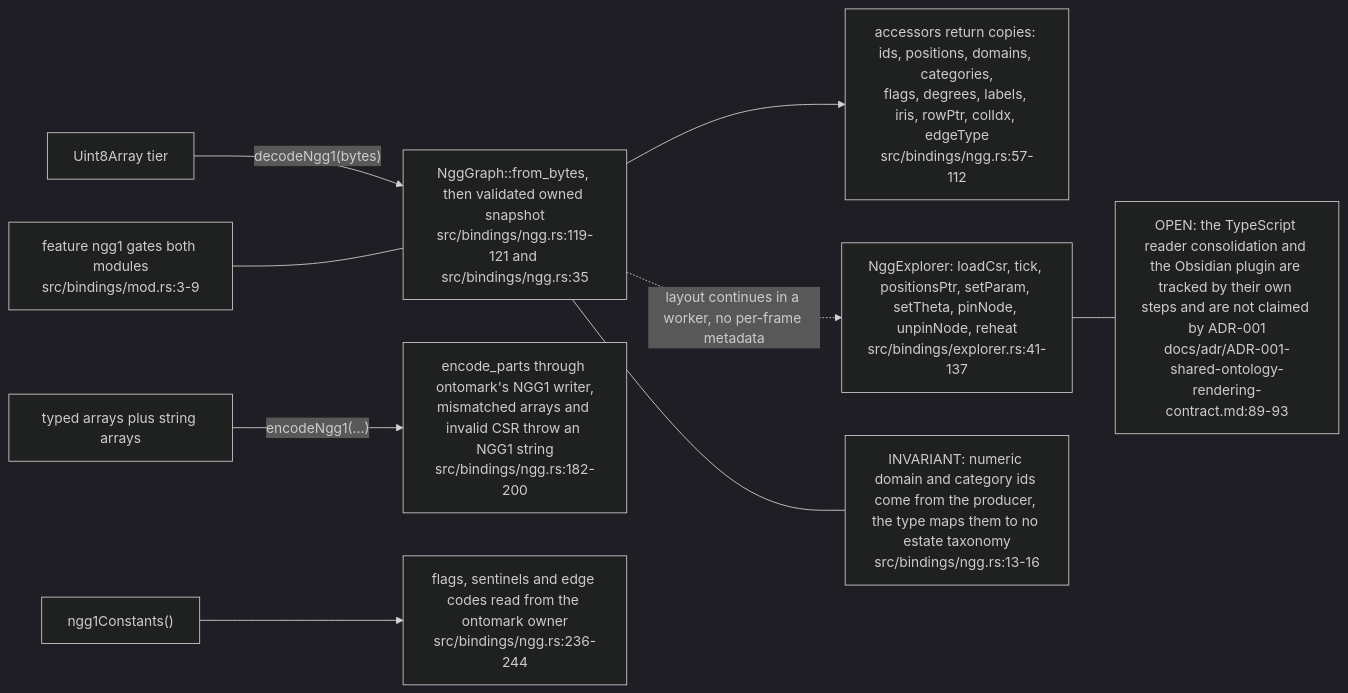
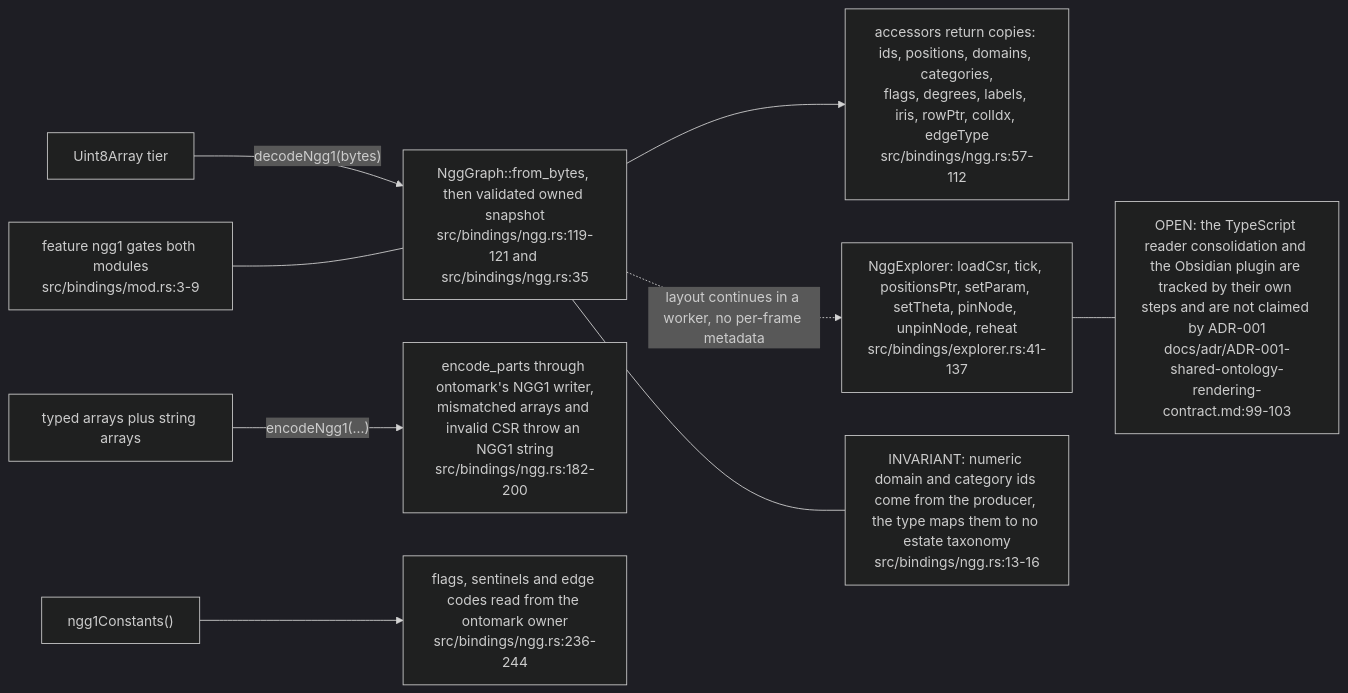
Before and after one commit to DreamLab-AI/VisionFlow: the seventh of 7 diagrams in docs/diagrams/vowl-wasm/04-js-api-examples-and-consumers.md, drawn with Mermaid (dark theme). The commit also changed other lines of this file and 154 other files, not shown here.

First line of the commit message:
docs(diagrams): re-stamp 154 topics whose every citation still reads the same text at the current heads

````diff
--- a/docs/diagrams/vowl-wasm/04-js-api-examples-and-consumers.md
+++ b/docs/diagrams/vowl-wasm/04-js-api-examples-and-consumers.md
@@ -126,13 +126,13 @@
 ```mermaid
 flowchart LR
     BYTES["Uint8Array tier"] -->|"decodeNgg1(bytes)"| DEC["NggGraph::from_bytes, then validated owned snapshot<br/>src/bindings/ngg.rs:119-121 and src/bindings/ngg.rs:35"]
     DEC --> GET["accessors return copies: ids, positions, domains, categories,<br/>flags, degrees, labels, iris, rowPtr, colIdx, edgeType<br/>src/bindings/ngg.rs:57-112"]
     FIELDS["typed arrays plus string arrays"] -->|"encodeNgg1(...)"| ENC["encode_parts through ontomark's NGG1 writer,<br/>mismatched arrays and invalid CSR throw an NGG1 string<br/>src/bindings/ngg.rs:182-200"]
     CONST["ngg1Constants()"] --> OWN["flags, sentinels and edge codes read from the ontomark owner<br/>src/bindings/ngg.rs:236-244"]
     DEC -. "layout continues in a worker, no per-frame metadata" .-> EXP["NggExplorer: loadCsr, tick, positionsPtr, setParam, setTheta, pinNode, unpinNode, reheat<br/>src/bindings/explorer.rs:41-137"]
     GATE["feature ngg1 gates both modules<br/>src/bindings/mod.rs:3-9"] --- DEC
     N1["INVARIANT: numeric domain and category ids come from the producer, the type maps them to no estate taxonomy<br/>src/bindings/ngg.rs:13-16"]
-    N2["OPEN: the TypeScript reader consolidation and the Obsidian plugin are tracked by their own steps and are not claimed by ADR-001<br/>docs/adr/ADR-001-shared-ontology-rendering-contract.md:89-93"]
+    N2["OPEN: the TypeScript reader consolidation and the Obsidian plugin are tracked by their own steps and are not claimed by ADR-001<br/>docs/adr/ADR-001-shared-ontology-rendering-contract.md:99-103"]
     DEC --- N1
     EXP --- N2
 ```
````
